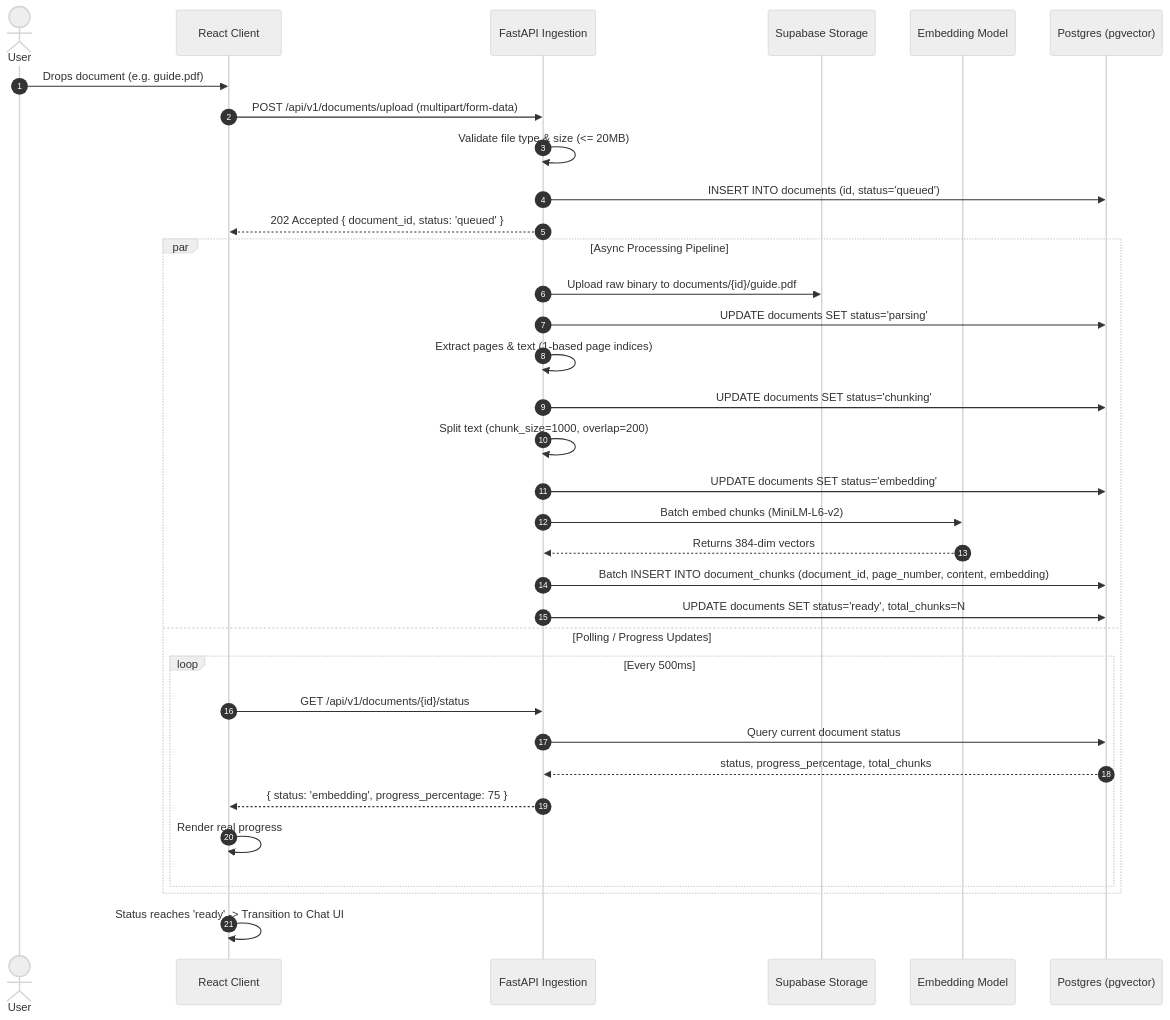
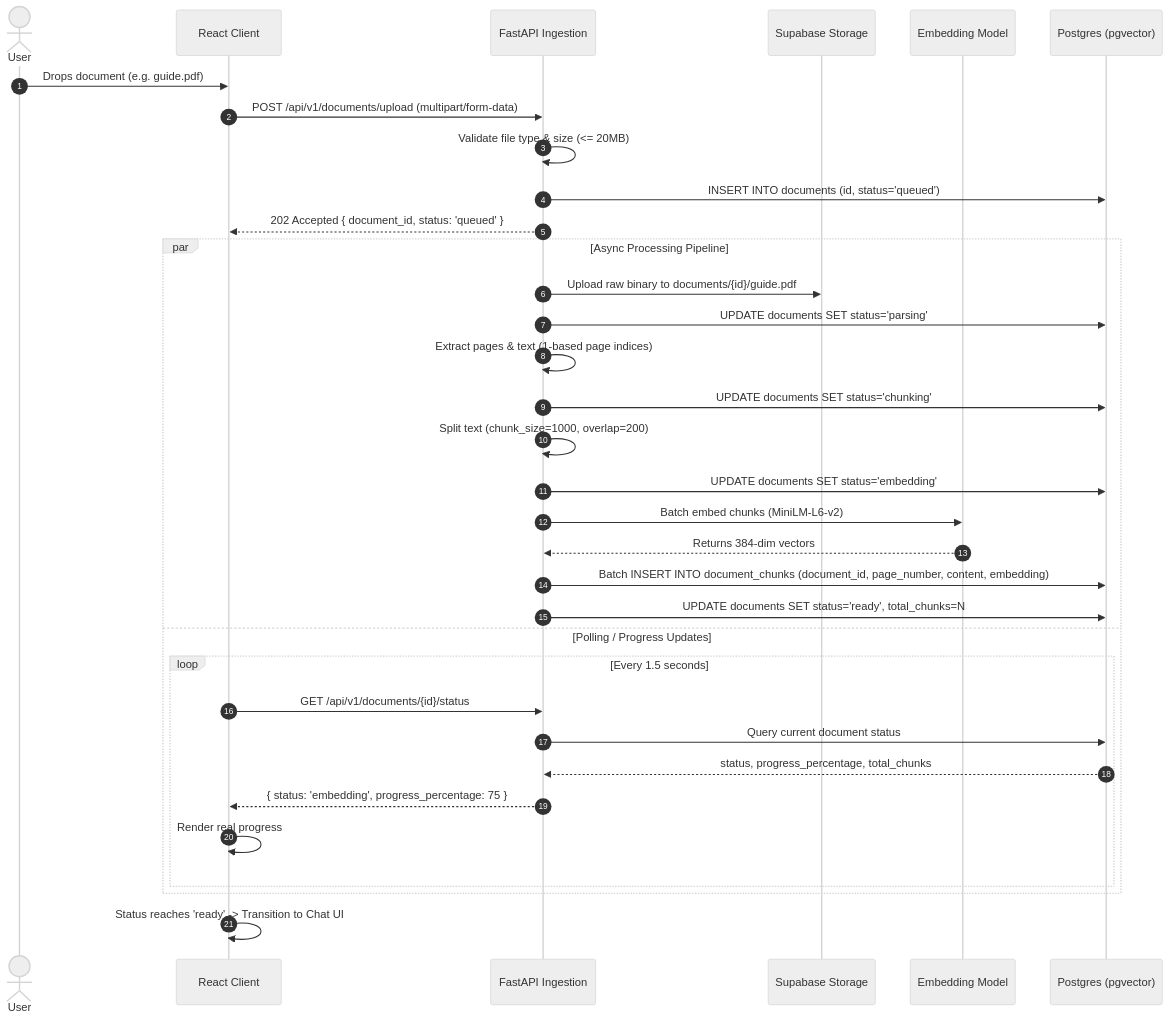
The second of 3 diagrams in docs/architecture.md (virajgawari/rag-chatbot), drawn with Mermaid (neutral theme) before and after one commit. The commit also changed other lines of this file and 28 other files, not shown here.

````diff
--- a/docs/architecture.md
+++ b/docs/architecture.md
@@ -105,38 +105,38 @@
 ```mermaid
 sequenceDiagram
     autonumber
     actor User
     participant Frontend as React Client
     participant API as FastAPI Ingestion
     participant Storage as Supabase Storage
     participant Embed as Embedding Model
     participant DB as Postgres (pgvector)
 
     User->>Frontend: Drops document (e.g. guide.pdf)
     Frontend->>API: POST /api/v1/documents/upload (multipart/form-data)
     API->>API: Validate file type & size (<= 20MB)
     API->>DB: INSERT INTO documents (id, status='queued')
     API-->>Frontend: 202 Accepted { document_id, status: 'queued' }
     
     par Async Processing Pipeline
         API->>Storage: Upload raw binary to documents/{id}/guide.pdf
         API->>DB: UPDATE documents SET status='parsing'
         API->>API: Extract pages & text (1-based page indices)
         API->>DB: UPDATE documents SET status='chunking'
         API->>API: Split text (chunk_size=1000, overlap=200)
         API->>DB: UPDATE documents SET status='embedding'
         API->>Embed: Batch embed chunks (MiniLM-L6-v2)
         Embed-->>API: Returns 384-dim vectors
         API->>DB: Batch INSERT INTO document_chunks (document_id, page_number, content, embedding)
         API->>DB: UPDATE documents SET status='ready', total_chunks=N
     and Polling / Progress Updates
-        loop Every 500ms
+        loop Every 1.5 seconds
             Frontend->>API: GET /api/v1/documents/{id}/status
             API->>DB: Query current document status
             DB-->>API: status, progress_percentage, total_chunks
             API-->>Frontend: { status: 'embedding', progress_percentage: 75 }
             Frontend->>Frontend: Render real progress
         end
     end
     Frontend->>Frontend: Status reaches 'ready' -> Transition to Chat UI
 ```
````
